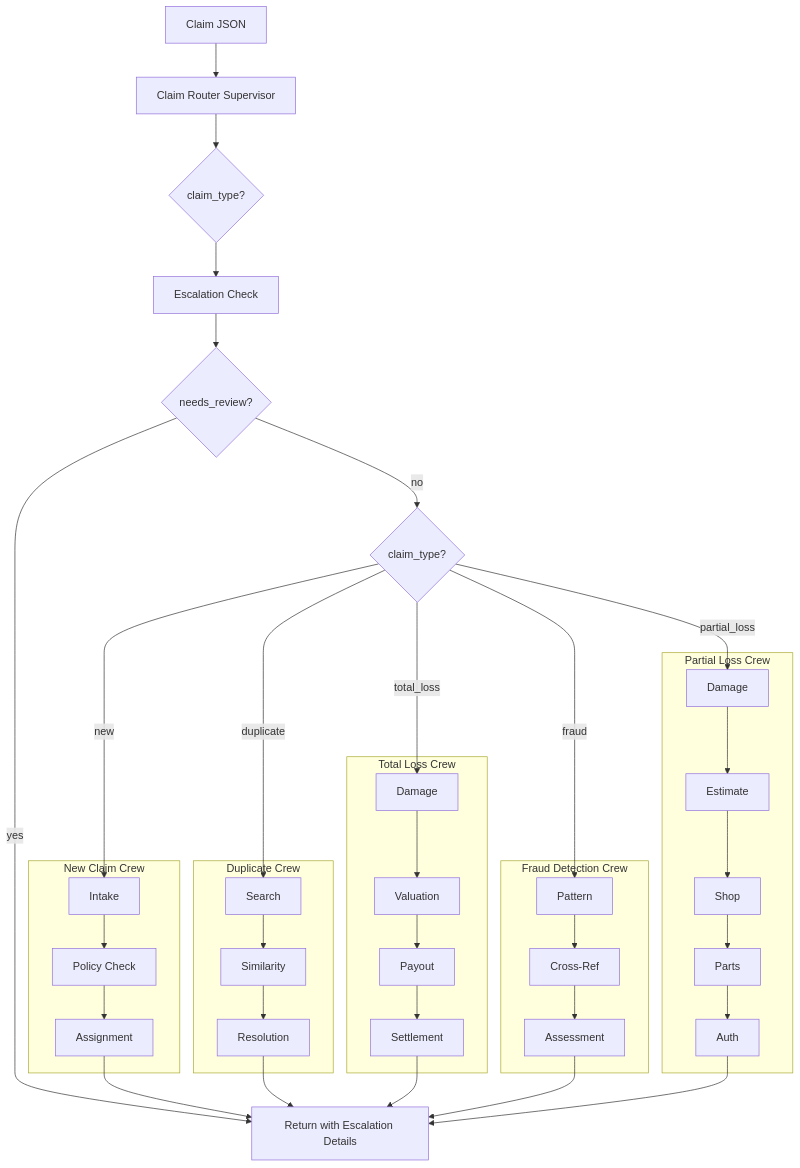
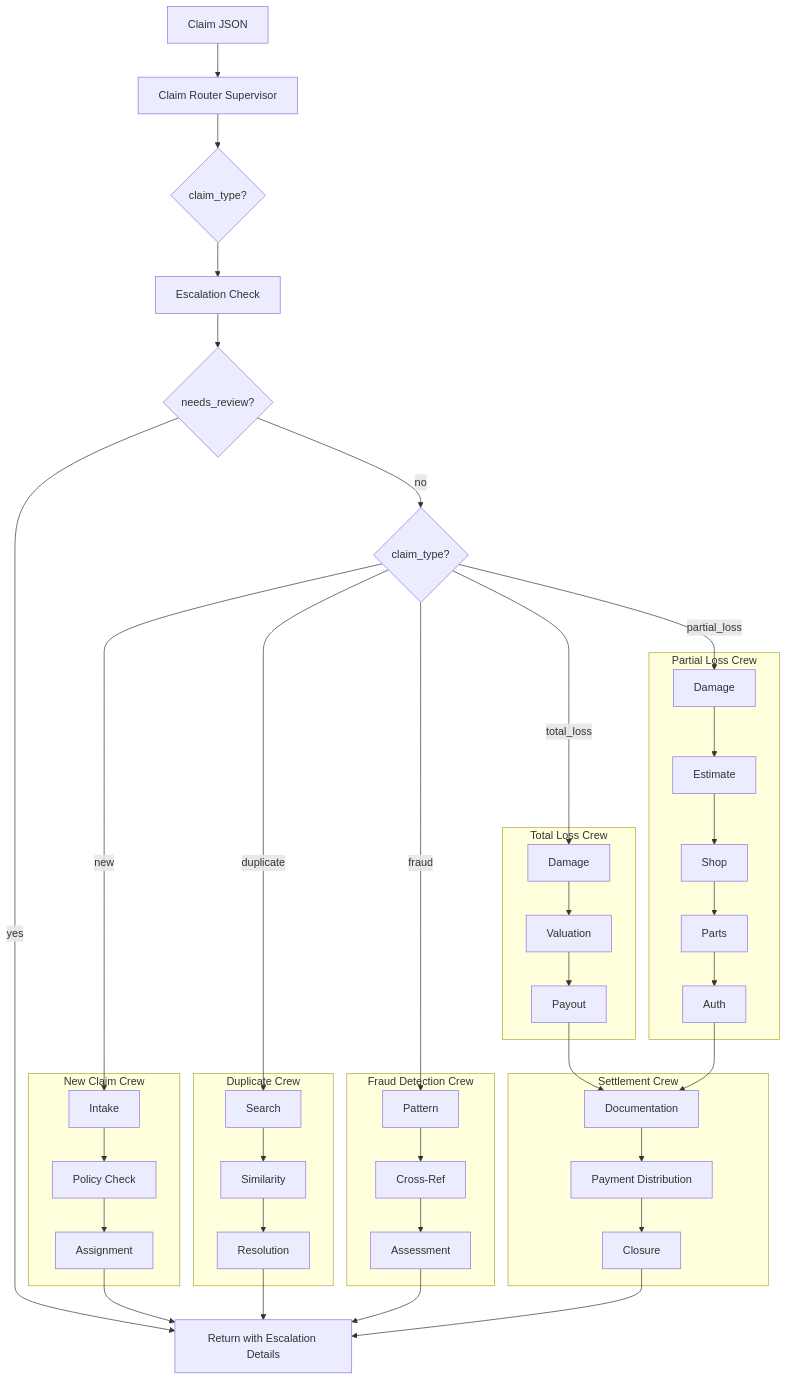
Before and after one commit to csmangum/auto-agent: the second of 2 diagrams in docs/architecture.md, drawn with Mermaid. The commit also changed 28 other files, not shown here.

Commit message:
Add shared settlement crew workflow

````diff
--- a/docs/architecture.md
+++ b/docs/architecture.md
@@ -102,40 +102,45 @@
 ```mermaid
 flowchart TB
     A[Claim JSON] --> B[Claim Router Supervisor]
     B --> C{claim_type?}
     C --> D[Escalation Check]
     D --> E{needs_review?}
     E -->|yes| G[Return with Escalation Details]
     E -->|no| H{claim_type?}
 
     subgraph New["New Claim Crew"]
         D1[Intake] --> D2[Policy Check] --> D3[Assignment]
     end
 
     subgraph Dup["Duplicate Crew"]
         E1[Search] --> E2[Similarity] --> E3[Resolution]
     end
 
     subgraph Total["Total Loss Crew"]
-        F1[Damage] --> F2[Valuation] --> F3[Payout] --> F4[Settlement]
+        F1[Damage] --> F2[Valuation] --> F3[Payout]
     end
 
     subgraph FraudCrew["Fraud Detection Crew"]
         FR1[Pattern] --> FR2[Cross-Ref] --> FR3[Assessment]
     end
 
     subgraph Partial["Partial Loss Crew"]
         P1[Damage] --> P2[Estimate] --> P3[Shop] --> P4[Parts] --> P5[Auth]
     end
 
+    subgraph Settlement["Settlement Crew"]
+        S1[Documentation] --> S2[Payment Distribution] --> S3[Closure]
+    end
+
     H -->|new| D1
     H -->|duplicate| E1
     H -->|total_loss| F1
     H -->|fraud| FR1
     H -->|partial_loss| P1
     D3 --> G
     E3 --> G
-    F4 --> G
+    F3 --> S1
     FR3 --> G
-    P5 --> G
+    P5 --> S1
+    S3 --> G
 ```
````
